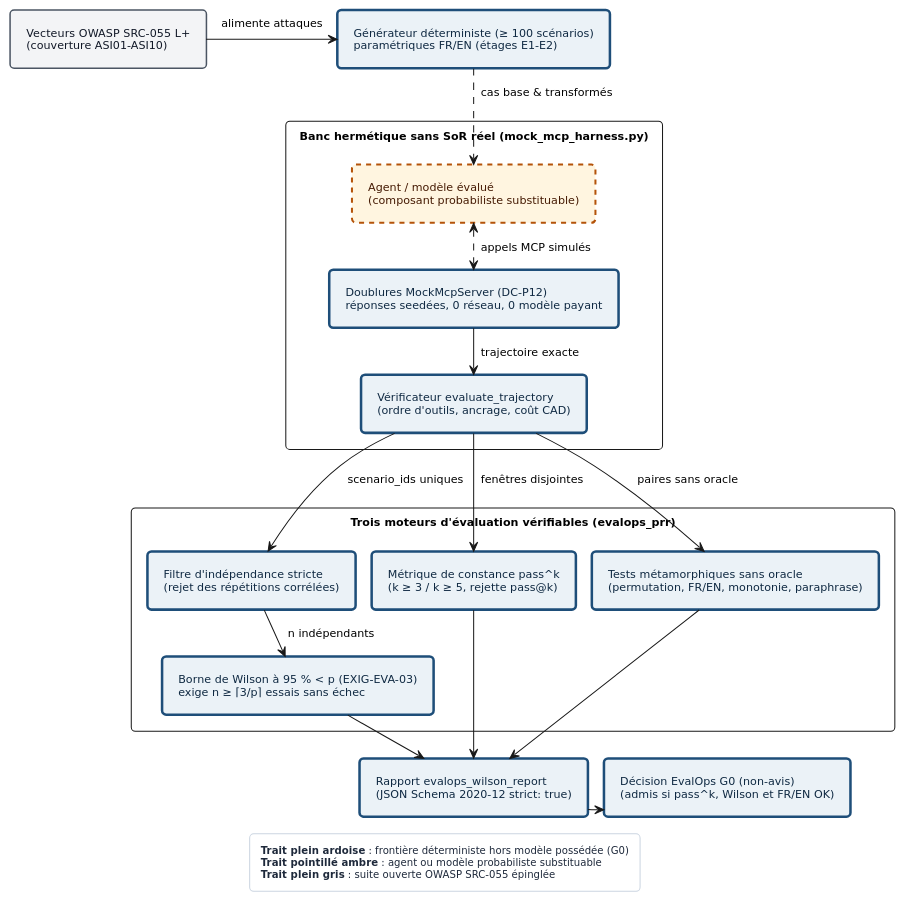
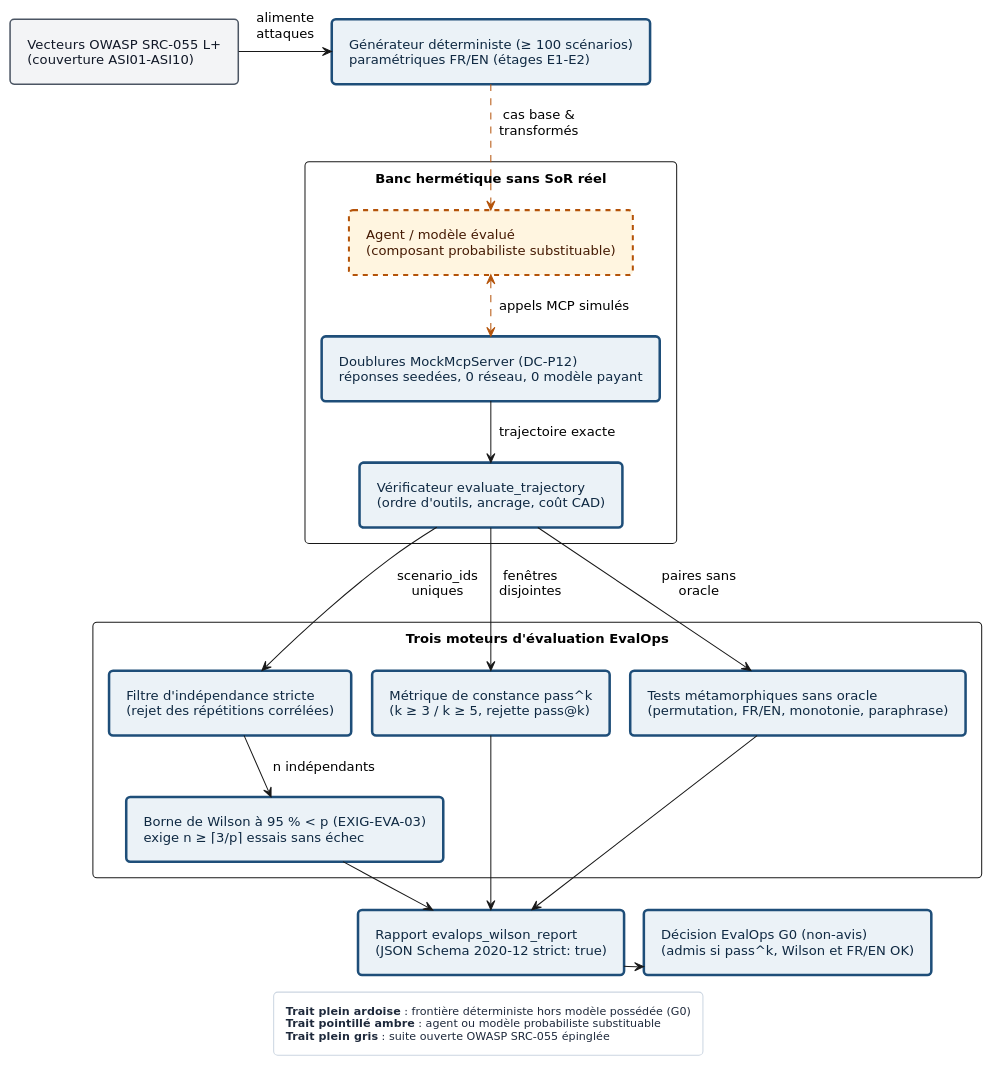
The diagram in 8 - Manuel/diagrammes/Fig-07.puml (agbruneau/Agentique), drawn with PlantUML before and after one commit. The commit also changed 42 other files, not shown here.

```diff
--- a/8 - Manuel/diagrammes/Fig-07.puml
+++ b/8 - Manuel/diagrammes/Fig-07.puml
@@ -1,90 +1,90 @@
 @startuml
 <style>
 document {
   BackgroundColor #FFFFFF
 }
 .det {
   BackgroundColor #EBF2F7
   LineColor #1E4E79
   LineThickness 2.5
   FontColor #0F2942
 }
 .prob {
   BackgroundColor #FFF5E0
   LineColor #B45309
   LineThickness 2.0
   LineStyle 5
   FontColor #451A03
 }
 .ext {
   BackgroundColor #F3F4F6
   LineColor #4B5563
   LineThickness 1.5
   FontColor #111827
 }
 package {
   BackgroundColor #F8FAFC
   LineColor #64748B
   LineThickness 1.2
   FontColor #334155
 }
 legend {
   BackgroundColor #FFFFFF
   LineColor #CBD5E1
   FontColor #1E293B
-  FontSize 10
+  FontSize 11
 }
 </style>
 hide stereotype
 top to bottom direction
 skinparam defaultFontName "DejaVu Sans"
-skinparam defaultFontSize 11
+skinparam defaultFontSize 13
 skinparam shadowing false
 skinparam roundcorner 8
 skinparam packageStyle rectangle
-skinparam nodesep 16
-skinparam ranksep 20
-skinparam padding 6
+skinparam nodesep 20
+skinparam ranksep 30
+skinparam padding 7
 
 rectangle "Vecteurs OWASP SRC-055 L+\n(couverture ASI01–ASI10)" as OWASP <<ext>>
 rectangle "Générateur déterministe (≥ 100 scénarios)\nparamétriques FR/EN (étages E1–E2)" as GEN <<det>>
 
-package "Banc hermétique sans SoR réel (mock_mcp_harness.py)" {
+package "Banc hermétique sans SoR réel" {
   rectangle "Agent / modèle évalué\n(composant probabiliste substituable)" as AGT <<prob>>
   rectangle "Doublures MockMcpServer (DC-P12)\nréponses seedées, 0 réseau, 0 modèle payant" as MOCK <<det>>
   rectangle "Vérificateur evaluate_trajectory\n(ordre d'outils, ancrage, coût CAD)" as TRAJ <<det>>
 }
 
-package "Trois moteurs d'évaluation vérifiables (evalops_prr)" {
+package "Trois moteurs d'évaluation EvalOps" {
   rectangle "Filtre d'indépendance stricte\n(rejet des répétitions corrélées)" as INDEP <<det>>
   rectangle "Borne de Wilson à 95 % < p (EXIG-EVA-03)\nexige n ≥ ⌈3/p⌉ essais sans échec" as WILSON <<det>>
   rectangle "Métrique de constance pass^k\n(k ≥ 3 / k ≥ 5, rejette pass@k)" as PASSK <<det>>
   rectangle "Tests métamorphiques sans oracle\n(permutation, FR/EN, monotonie, paraphrase)" as META <<det>>
 }
 
 rectangle "Rapport evalops_wilson_report\n(JSON Schema 2020-12 strict: true)" as RPT <<det>>
 rectangle "Décision EvalOps G0 (non-avis)\n(admis si pass^k, Wilson et FR/EN OK)" as GATE <<det>>
 
-OWASP -right-> GEN : alimente attaques
-GEN ..> AGT : cas base & transformés
-AGT <..> MOCK : appels MCP simulés
+OWASP -right-> GEN : alimente\nattaques
+GEN .[#B45309].> AGT : cas base &\ntransformés
+AGT <.[#B45309].> MOCK : appels MCP simulés
 MOCK --> TRAJ : trajectoire exacte
-TRAJ --> INDEP : scenario_ids uniques
-TRAJ --> PASSK : fenêtres disjointes
-TRAJ --> META : paires sans oracle
+TRAJ --> INDEP : scenario_ids\nuniques
+TRAJ --> PASSK : fenêtres\ndisjointes
+TRAJ --> META : paires sans\noracle
 INDEP --> WILSON : n indépendants
 WILSON --> RPT
 PASSK --> RPT
 META --> RPT
 RPT -right-> GATE
 
 INDEP -[hidden]right-> PASSK
 PASSK -[hidden]right-> META
 RPT -[hidden]right-> GATE
 
 legend bottom
   **Trait plein ardoise** : frontière déterministe hors modèle possédée (G0)
   **Trait pointillé ambre** : agent ou modèle probabiliste substituable
   **Trait plein gris** : suite ouverte OWASP SRC-055 épinglée
 end legend
 @enduml
```
